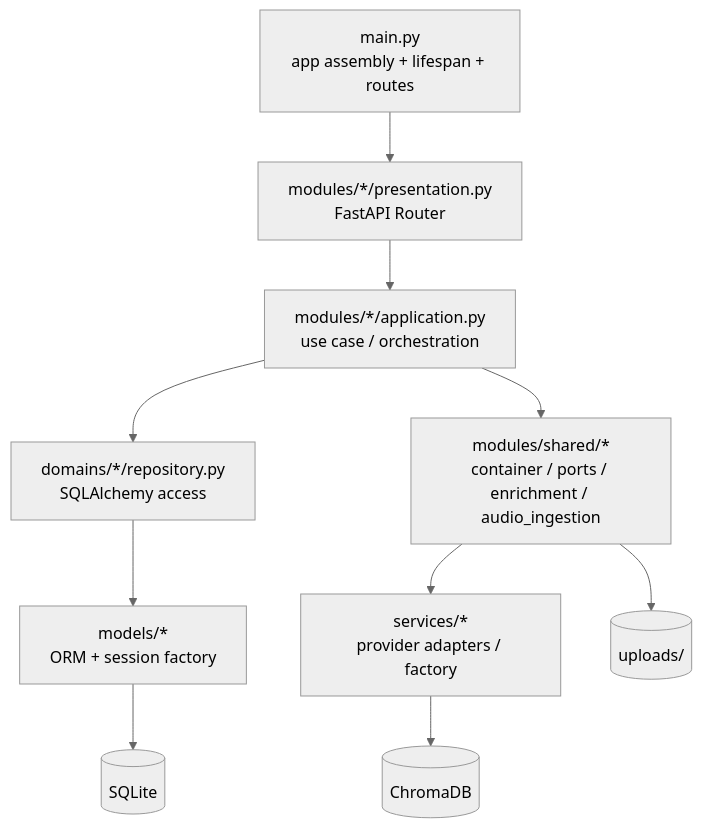
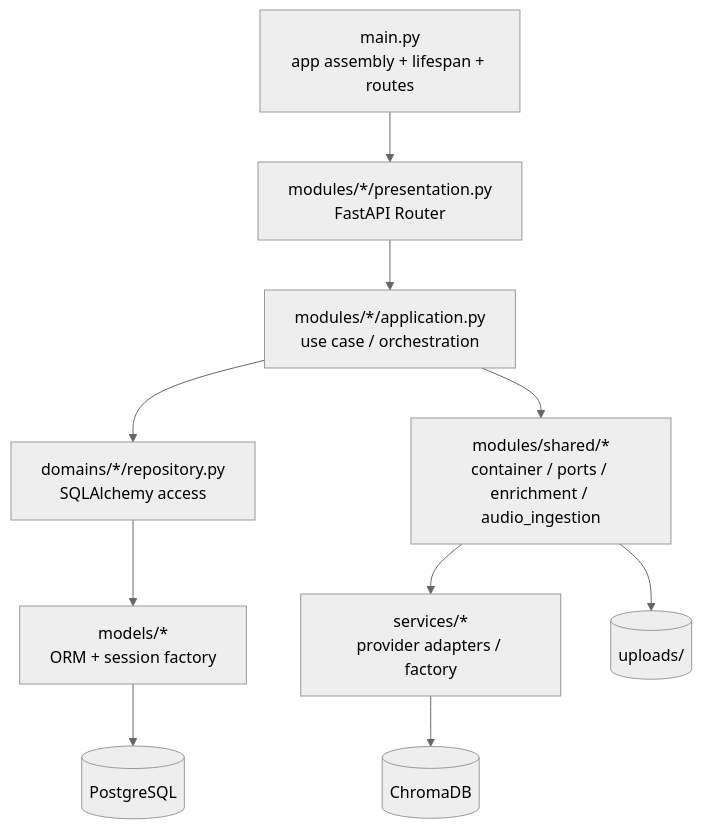
Before and after one commit to YCZA2/SparkFlow: the third of 9 diagrams in memory-bank/architecture.md, drawn with Mermaid (neutral theme). The commit also changed other lines of this file and 31 other files, not shown here.

````diff
--- a/memory-bank/architecture.md
+++ b/memory-bank/architecture.md
@@ -113,23 +113,23 @@
 ```mermaid
 flowchart TD
     MAIN["main.py<br/>app assembly + lifespan + routes"]
     PRE["modules/*/presentation.py<br/>FastAPI Router"]
     APP["modules/*/application.py<br/>use case / orchestration"]
     SHARED["modules/shared/*<br/>container / ports / enrichment / audio_ingestion"]
     REPO["domains/*/repository.py<br/>SQLAlchemy access"]
     MODEL["models/*<br/>ORM + session factory"]
     PROVIDER["services/*<br/>provider adapters / factory"]
-    DB[("SQLite")]
+    DB[("PostgreSQL")]
     UP[("uploads/")]
     VDB[("ChromaDB")]
 
     MAIN --> PRE
     PRE --> APP
     APP --> REPO
     APP --> SHARED
     SHARED --> PROVIDER
     REPO --> MODEL
     MODEL --> DB
     SHARED --> UP
     PROVIDER --> VDB
 ```
````
